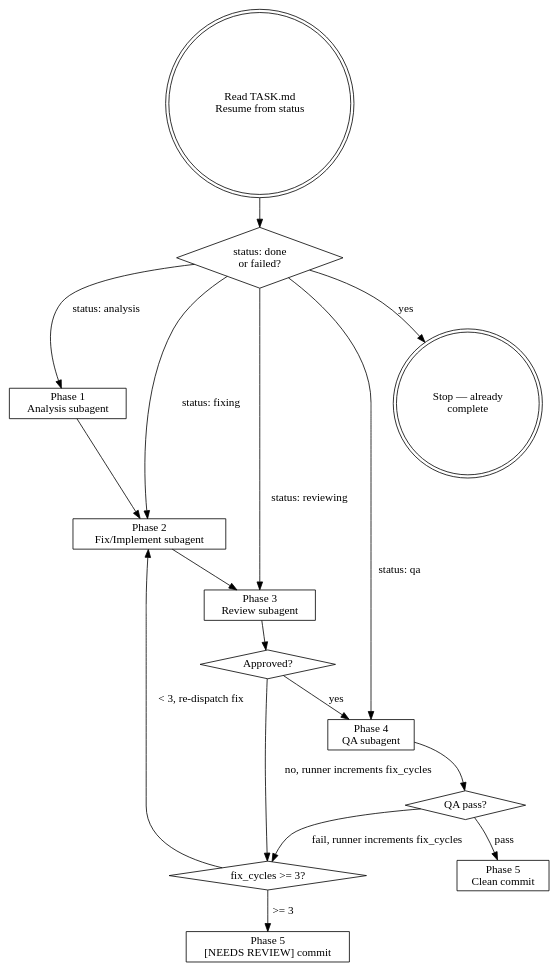
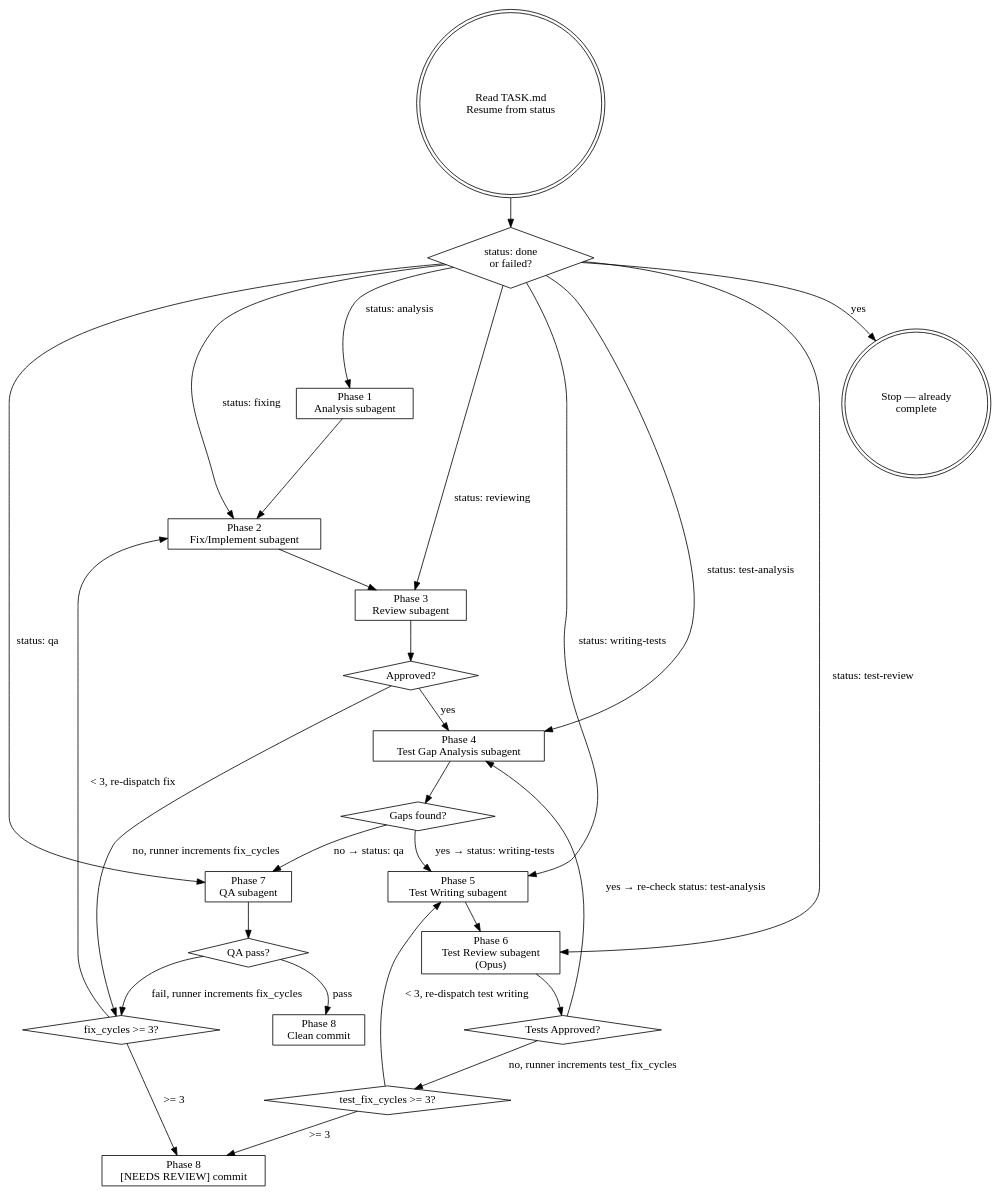
The diagram in skills/codeman-task-runner/SKILL.md (SGudbrandsson/Codeman), drawn with Graphviz before and after one commit. The commit also changed other lines of this file and 2 other files, not shown here.

First line of the commit message:
feat(skills): add test gap analysis + Opus test review loop to task-runner

````diff
--- a/skills/codeman-task-runner/SKILL.md
+++ b/skills/codeman-task-runner/SKILL.md
@@ -18,36 +18,54 @@
 ```dot
 digraph runner {
     rankdir=TB;
     node [shape=box];
 
-    start     [label="Read TASK.md\nResume from status", shape=doublecircle];
-    done_check [label="status: done\nor failed?", shape=diamond];
-    analysis  [label="Phase 1\nAnalysis subagent"];
-    fix       [label="Phase 2\nFix/Implement subagent"];
-    review    [label="Phase 3\nReview subagent"];
-    approved  [label="Approved?", shape=diamond];
-    limit     [label="fix_cycles >= 3?", shape=diamond];
-    qa        [label="Phase 4\nQA subagent"];
-    qa_pass   [label="QA pass?", shape=diamond];
-    commit_ok [label="Phase 5\nClean commit"];
-    commit_nr [label="Phase 5\n[NEEDS REVIEW] commit"];
-    stop      [label="Stop — already\ncomplete", shape=doublecircle];
+    start        [label="Read TASK.md\nResume from status", shape=doublecircle];
+    done_check   [label="status: done\nor failed?", shape=diamond];
+    analysis     [label="Phase 1\nAnalysis subagent"];
+    fix          [label="Phase 2\nFix/Implement subagent"];
+    review       [label="Phase 3\nReview subagent"];
+    approved     [label="Approved?", shape=diamond];
+    limit        [label="fix_cycles >= 3?", shape=diamond];
+    test_gap     [label="Phase 4\nTest Gap Analysis subagent"];
+    has_gaps     [label="Gaps found?", shape=diamond];
+    write_tests  [label="Phase 5\nTest Writing subagent"];
+    test_review  [label="Phase 6\nTest Review subagent\n(Opus)"];
+    test_appr    [label="Tests Approved?", shape=diamond];
+    test_limit   [label="test_fix_cycles >= 3?", shape=diamond];
+    qa           [label="Phase 7\nQA subagent"];
+    qa_pass      [label="QA pass?", shape=diamond];
+    commit_ok    [label="Phase 8\nClean commit"];
+    commit_nr    [label="Phase 8\n[NEEDS REVIEW] commit"];
+    stop         [label="Stop — already\ncomplete", shape=doublecircle];
 
-    start    -> done_check;
-    done_check -> stop      [label="yes"];
-    done_check -> analysis  [label="status: analysis"];
-    done_check -> fix       [label="status: fixing"];
-    done_check -> review    [label="status: reviewing"];
-    done_check -> qa        [label="status: qa"];
-    analysis -> fix;
-    fix      -> review;
-    review   -> approved;
-    approved -> qa        [label="yes"];
-    approved -> limit     [label="no, runner increments fix_cycles"];
-    limit    -> fix       [label="< 3, re-dispatch fix"];
-    limit    -> commit_nr [label=">= 3"];
-    qa       -> qa_pass;
-    qa_pass  -> commit_ok [label="pass"];
-    qa_pass  -> limit     [label="fail, runner increments fix_cycles"];
+    start       -> done_check;
+    done_check  -> stop         [label="yes"];
+    done_check  -> analysis     [label="status: analysis"];
+    done_check  -> fix          [label="status: fixing"];
+    done_check  -> review       [label="status: reviewing"];
+    done_check  -> test_gap     [label="status: test-analysis"];
+    done_check  -> write_tests  [label="status: writing-tests"];
+    done_check  -> test_review  [label="status: test-review"];
+    done_check  -> qa           [label="status: qa"];
+    analysis    -> fix;
+    fix         -> review;
+    review      -> approved;
+    approved    -> test_gap     [label="yes"];
+    approved    -> limit        [label="no, runner increments fix_cycles"];
+    limit       -> fix          [label="< 3, re-dispatch fix"];
+    limit       -> commit_nr    [label=">= 3"];
+    test_gap    -> has_gaps;
+    has_gaps    -> write_tests  [label="yes → status: writing-tests"];
+    has_gaps    -> qa           [label="no → status: qa"];
+    write_tests -> test_review;
+    test_review -> test_appr;
+    test_appr   -> test_gap     [label="yes → re-check status: test-analysis"];
+    test_appr   -> test_limit   [label="no, runner increments test_fix_cycles"];
+    test_limit  -> write_tests  [label="< 3, re-dispatch test writing"];
+    test_limit  -> commit_nr    [label=">= 3"];
+    qa          -> qa_pass;
+    qa_pass     -> commit_ok    [label="pass"];
+    qa_pass     -> limit        [label="fail, runner increments fix_cycles"];
 }
 ```
````
